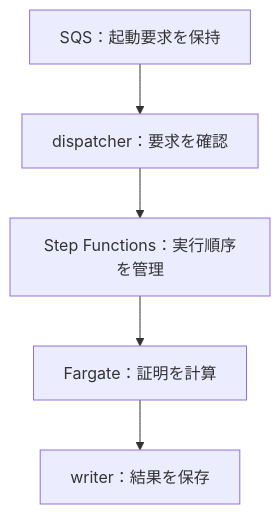
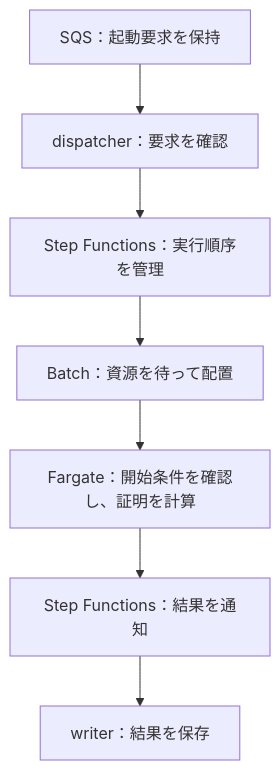
Before and after one commit to hwatanabe-jp/stark-ballot-simulator-public: the diagram in public-book/src/aws/design-and-services.md, drawn with Mermaid. The commit also changed other lines of this file and 835 other files, not shown here.

````diff
--- a/public-book/src/aws/design-and-services.md
+++ b/public-book/src/aws/design-and-services.md
@@ -17,7 +17,9 @@
 ```mermaid
 flowchart TB
   Q["SQS：起動要求を保持"] --> D["dispatcher：要求を確認"]
   D --> S["Step Functions：実行順序を管理"]
-  S --> P["Fargate：証明を計算"]
-  P --> W["writer：結果を保存"]
+  S --> B["Batch：資源を待って配置"]
+  B --> P["Fargate：開始条件を確認し、証明を計算"]
+  P --> C["Step Functions：結果を通知"]
+  C --> W["writer：結果を保存"]
 ```
````
